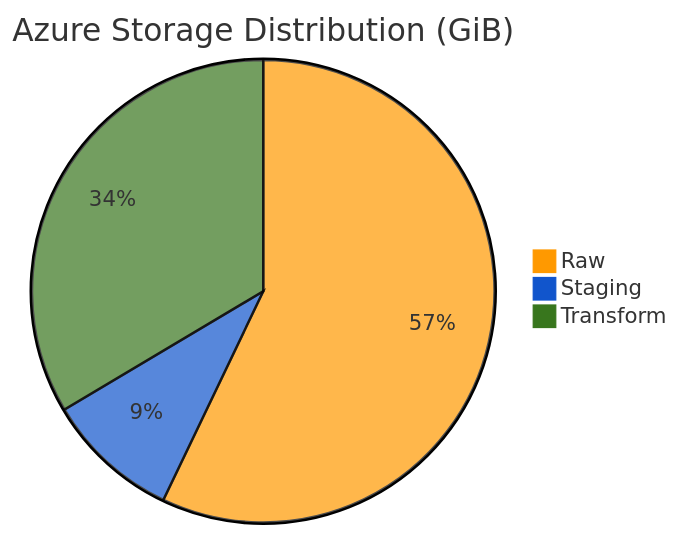
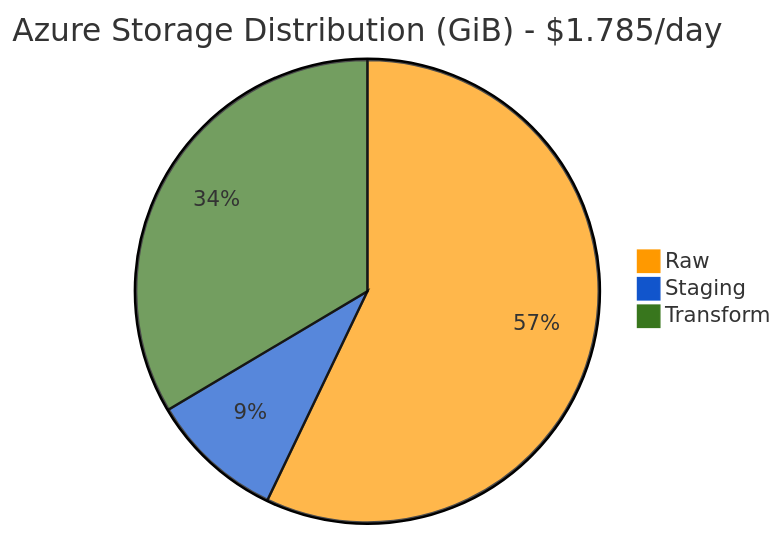
The first of 3 diagrams in README.md (nhudinh2103/Multi-platform-comparison-NYC-Taxi-dataset), drawn with Mermaid before and after one commit. The commit also changed other lines of this file and 5 other files, not shown here.

Commit message:
Update README.md and chart for new cost value

````diff
--- a/README.md
+++ b/README.md
@@ -274,8 +274,8 @@
 ```mermaid
 %%{init: {'theme': 'base', 'themeVariables': { 'pie1': '#ff9900', 'pie2': '#1155cc', 'pie3': '#38761d'}}}%%
 pie
-    title Azure Storage Distribution (GiB)
+    title Azure Storage Distribution (GiB) - $1.785/day
     "Raw" : 223.13
     "Staging" : 36.53
     "Transform" : 131.07
 ```
````
